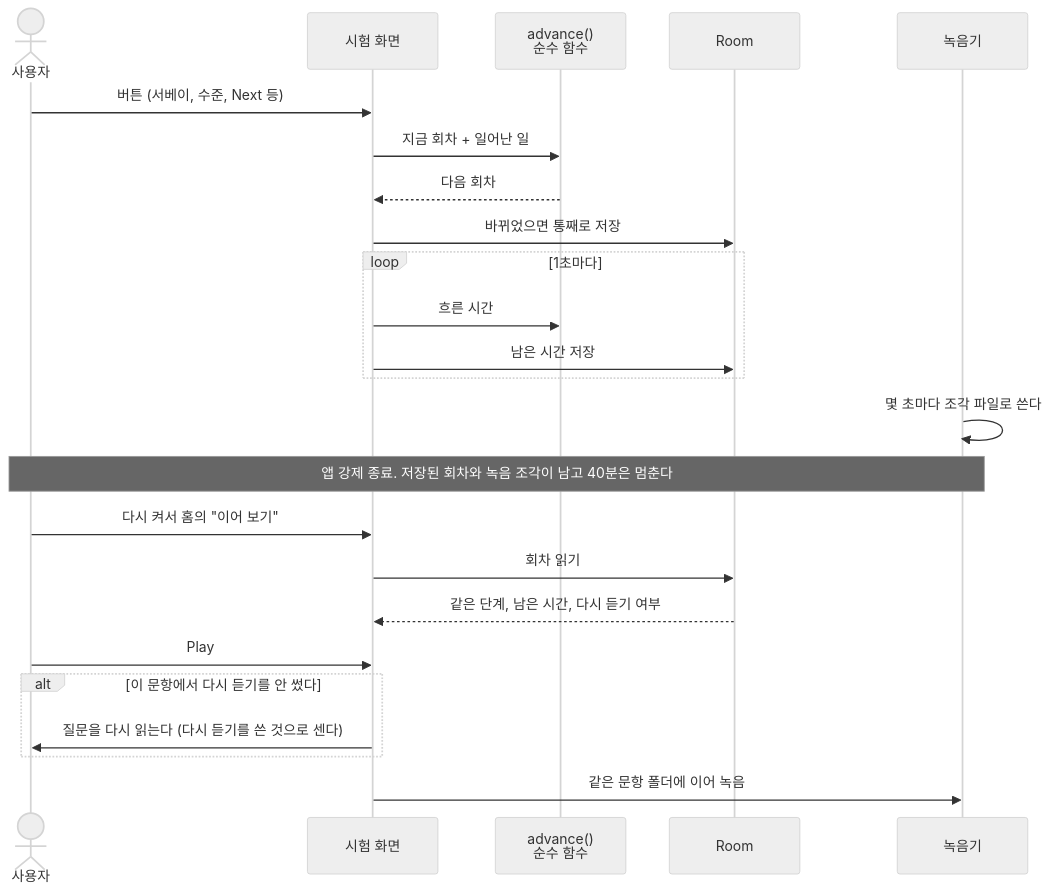
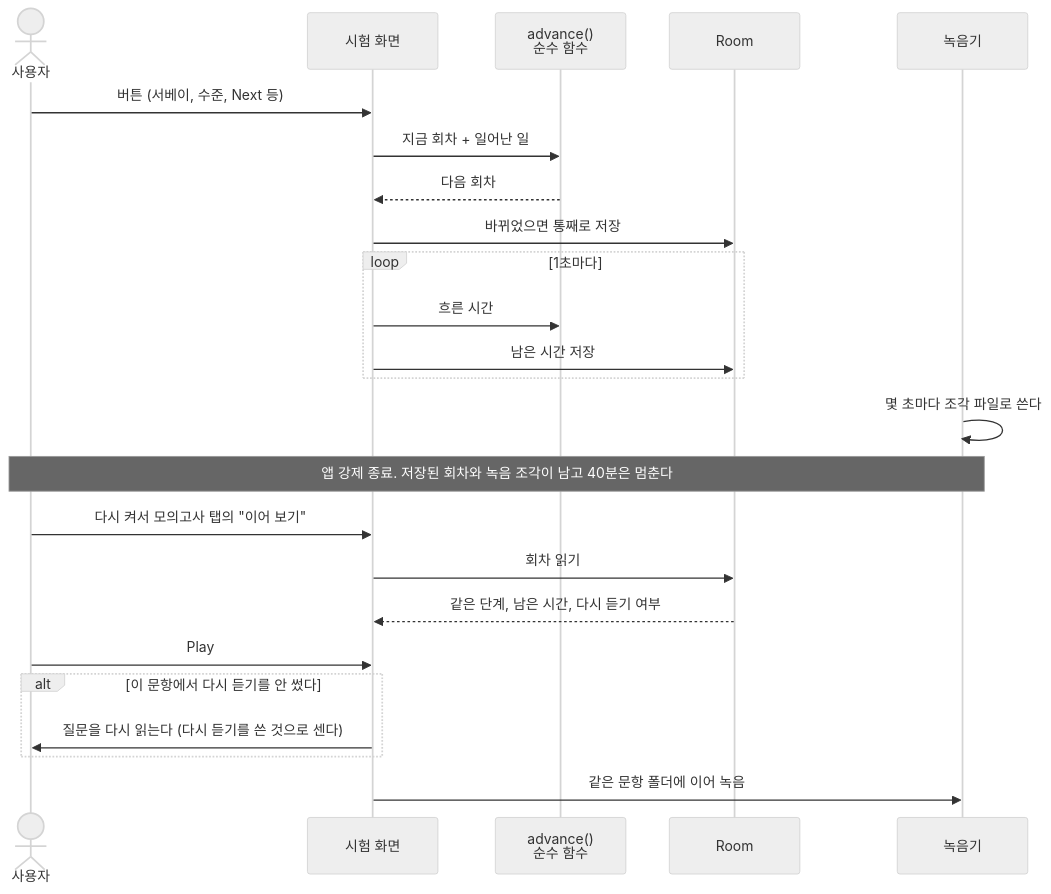
Before and after one commit to nosorae/AiOpicSelfStudy: the second of 5 diagrams in README.md, drawn with Mermaid (neutral theme). The commit also changed other lines of this file and 59 other files, not shown here.

````diff
--- a/README.md
+++ b/README.md
@@ -42,27 +42,27 @@
 ```mermaid
 sequenceDiagram
     actor U as 사용자
     participant V as 시험 화면
     participant A as advance()<br/>순수 함수
     participant R as Room
     participant M as 녹음기
 
     U->>V: 버튼 (서베이, 수준, Next 등)
     V->>A: 지금 회차 + 일어난 일
     A-->>V: 다음 회차
     V->>R: 바뀌었으면 통째로 저장
     loop 1초마다
         V->>A: 흐른 시간
         V->>R: 남은 시간 저장
     end
     M->>M: 몇 초마다 조각 파일로 쓴다
     Note over U,M: 앱 강제 종료. 저장된 회차와 녹음 조각이 남고 40분은 멈춘다
-    U->>V: 다시 켜서 홈의 "이어 보기"
+    U->>V: 다시 켜서 모의고사 탭의 "이어 보기"
     V->>R: 회차 읽기
     R-->>V: 같은 단계, 남은 시간, 다시 듣기 여부
     U->>V: Play
     alt 이 문항에서 다시 듣기를 안 썼다
         V->>U: 질문을 다시 읽는다 (다시 듣기를 쓴 것으로 센다)
     end
     V->>M: 같은 문항 폴더에 이어 녹음
 ```
````
